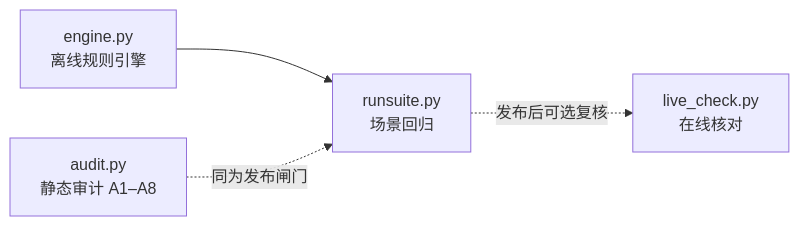
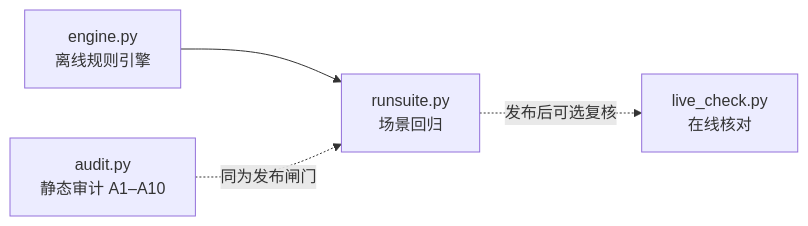
Before and after one commit to yhyfhgs/surge-rules: the third of 3 diagrams in docs/ARCHITECTURE.md, drawn with Mermaid. The commit also changed other lines of this file and 87 other files, not shown here.

````diff
--- a/docs/ARCHITECTURE.md
+++ b/docs/ARCHITECTURE.md
@@ -238,10 +305,10 @@
 ```mermaid
 flowchart LR
     E["engine.py<br/>离线规则引擎"]
-    A["audit.py<br/>静态审计 A1–A8"]
+    A["audit.py<br/>静态审计 A1–A10"]
     R["runsuite.py<br/>场景回归"]
     LC["live_check.py<br/>在线核对"]
     E --> R
     A -.->|同为发布闸门| R
     R -.->|发布后可选复核| LC
 ```
````
